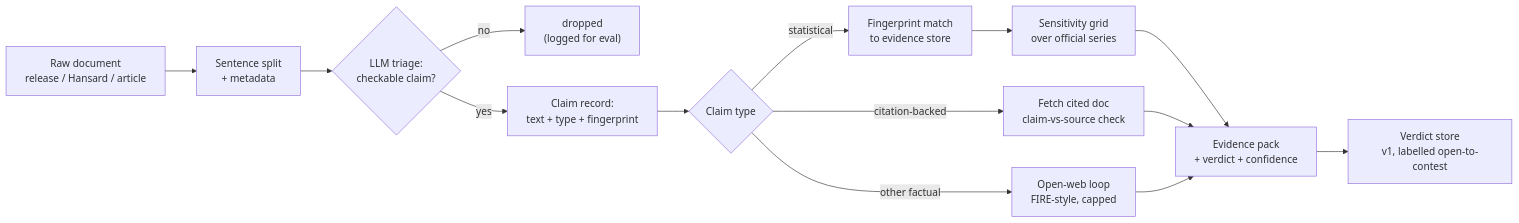
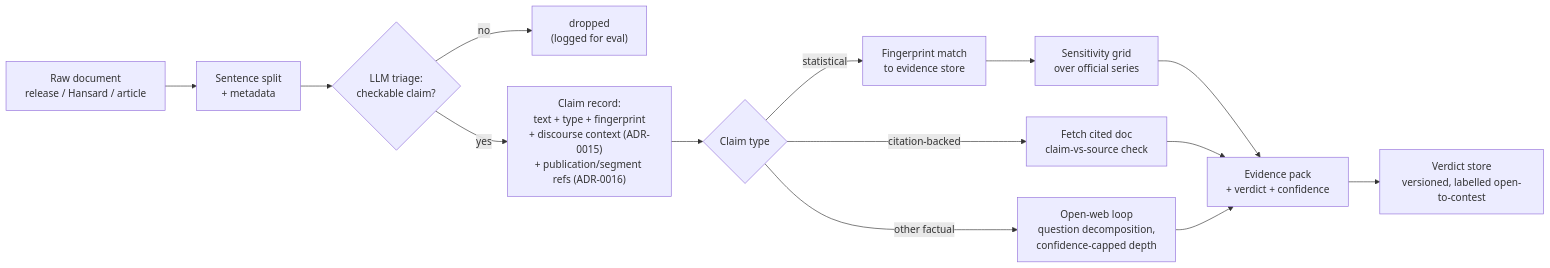
Before and after one commit to bradleyscott/claimwatch-nz: the second of 5 diagrams in docs/ARCHITECTURE.md, drawn with Mermaid. The commit also changed other lines of this file and 2 other files, not shown here.

First line of the commit message:
docs(architecture): verifier authorities distinct from claim sources

````diff
--- a/docs/ARCHITECTURE.md
+++ b/docs/ARCHITECTURE.md
@@ -56,16 +68,16 @@
 ```mermaid
 flowchart LR
     A["Raw document<br/>release / Hansard / article"] --> B["Sentence split<br/>+ metadata"]
     B --> C{"LLM triage:<br/>checkable claim?"}
     C -- "no" --> Z["dropped<br/>(logged for eval)"]
-    C -- "yes" --> D["Claim record:<br/>text + type + fingerprint"]
+    C -- "yes" --> D["Claim record:<br/>text + type + fingerprint<br/>+ discourse context (ADR-0015)<br/>+ publication/segment refs (ADR-0016)"]
     D --> E{"Claim type"}
     E -- "statistical" --> F["Fingerprint match<br/>to evidence store"]
     F --> G["Sensitivity grid<br/>over official series"]
     E -- "citation-backed" --> H["Fetch cited doc<br/>claim-vs-source check"]
-    E -- "other factual" --> I["Open-web loop<br/>FIRE-style, capped"]
+    E -- "other factual" --> I["Open-web loop<br/>question decomposition,<br/>confidence-capped depth"]
     G --> J["Evidence pack<br/>+ verdict + confidence"]
     H --> J
     I --> J
-    J --> K["Verdict store<br/>v1, labelled open-to-contest"]
+    J --> K["Verdict store<br/>versioned, labelled open-to-contest"]
 ```
````
